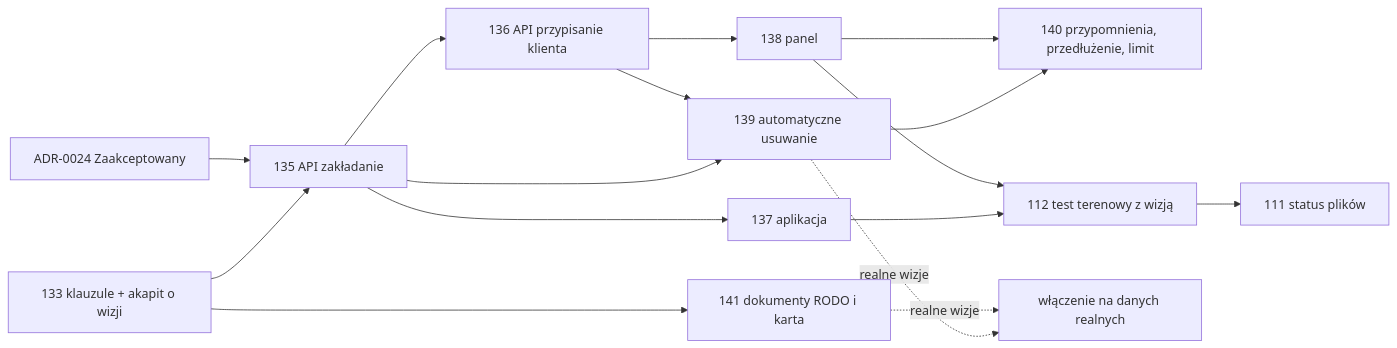
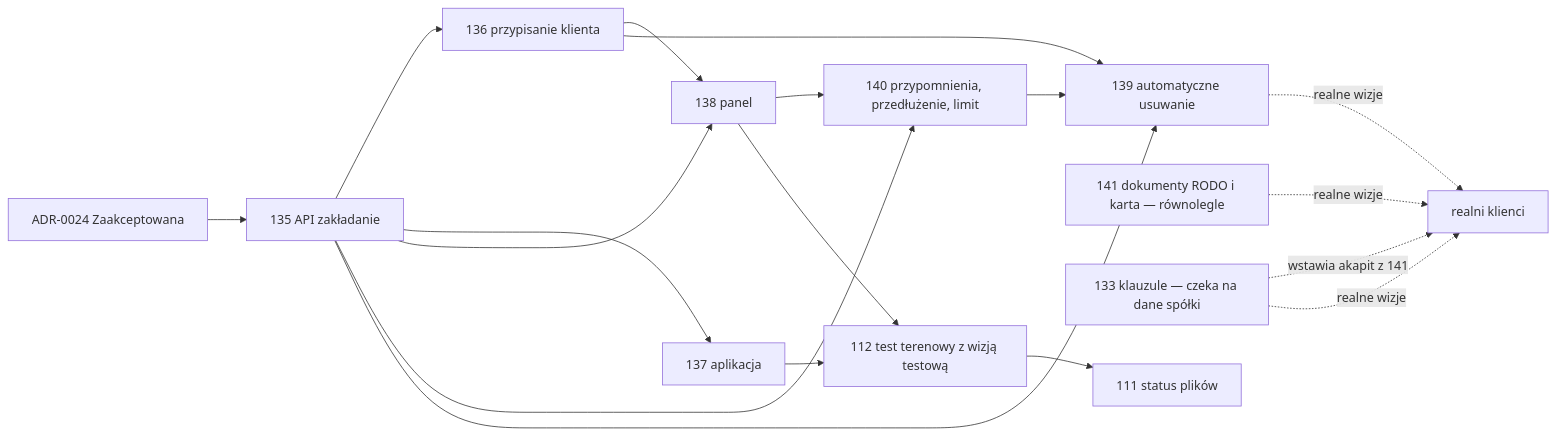
The second of 2 diagrams in docs/backlog/M2/README.md (konradkluz/evia-manager), drawn with Mermaid before and after one commit. The commit also changed other lines of this file and 10 other files, not shown here.

````diff
--- a/docs/backlog/M2/README.md
+++ b/docs/backlog/M2/README.md
@@ -161,13 +161,13 @@
 ```mermaid
 flowchart LR
-  E133[133 klauzule + akapit o wizji] --> E135
-  ADR[ADR-0024 Zaakceptowany] --> E135[135 API zakładanie]
-  E135 --> E136[136 API przypisanie klienta]
+  ADR[ADR-0024 Zaakceptowana] --> E135[135 API zakładanie]
+  E135 --> E136[136 przypisanie klienta]
   E135 --> E137[137 aplikacja]
-  E136 --> E138[138 panel]
-  E135 & E136 --> E139[139 automatyczne usuwanie]
-  E139 & E138 --> E140[140 przypomnienia, przedłużenie, limit]
-  E133 --> E141[141 dokumenty RODO i karta]
-  E137 & E138 --> E112[112 test terenowy z wizją] --> E111[111 status plików]
-  E139 & E141 -. realne wizje .-> GO[włączenie na danych realnych]
+  E135 & E136 --> E138[138 panel]
+  E135 & E138 --> E140[140 przypomnienia, przedłużenie, limit]
+  E135 & E136 & E140 --> E139[139 automatyczne usuwanie]
+  E141[141 dokumenty RODO i karta — równolegle]
+  E133[133 klauzule — czeka na dane spółki] -. wstawia akapit z 141 .-> GO
+  E137 & E138 --> E112[112 test terenowy z wizją testową] --> E111[111 status plików]
+  E139 & E141 & E133 -. realne wizje .-> GO[realni klienci]
 ```
````
